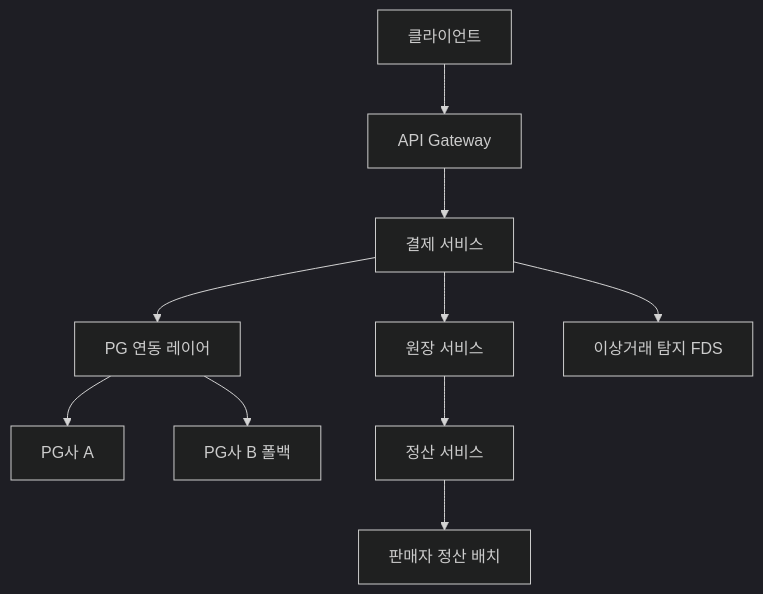
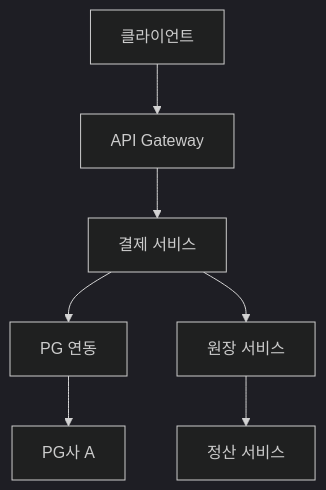
Before and after one commit to yjkim2015/yjkim2015.github.io: the first of 6 diagrams in _posts/systemdesign/2026-05-03-system-design-payment.md, drawn with Mermaid (dark theme). The commit also changed other lines of this file and 155 other files, not shown here.

First line of the commit message:
Mermaid 전면 수정: subgraph 제거, participant/노드/줄수 축소 (342블록)

````diff
--- a/_posts/systemdesign/2026-05-03-system-design-payment.md
+++ b/_posts/systemdesign/2026-05-03-system-design-payment.md
@@ -73,12 +73,9 @@
 ```mermaid
 graph TD
     A[클라이언트] --> B[API Gateway]
     B --> C[결제 서비스]
-    C --> D[PG 연동 레이어]
+    C --> D[PG 연동]
     C --> E[원장 서비스]
-    C --> F[이상거래 탐지 FDS]
     D --> G[PG사 A]
-    D --> H[PG사 B 폴백]
     E --> I[정산 서비스]
-    I --> J[판매자 정산 배치]
 ```
````
